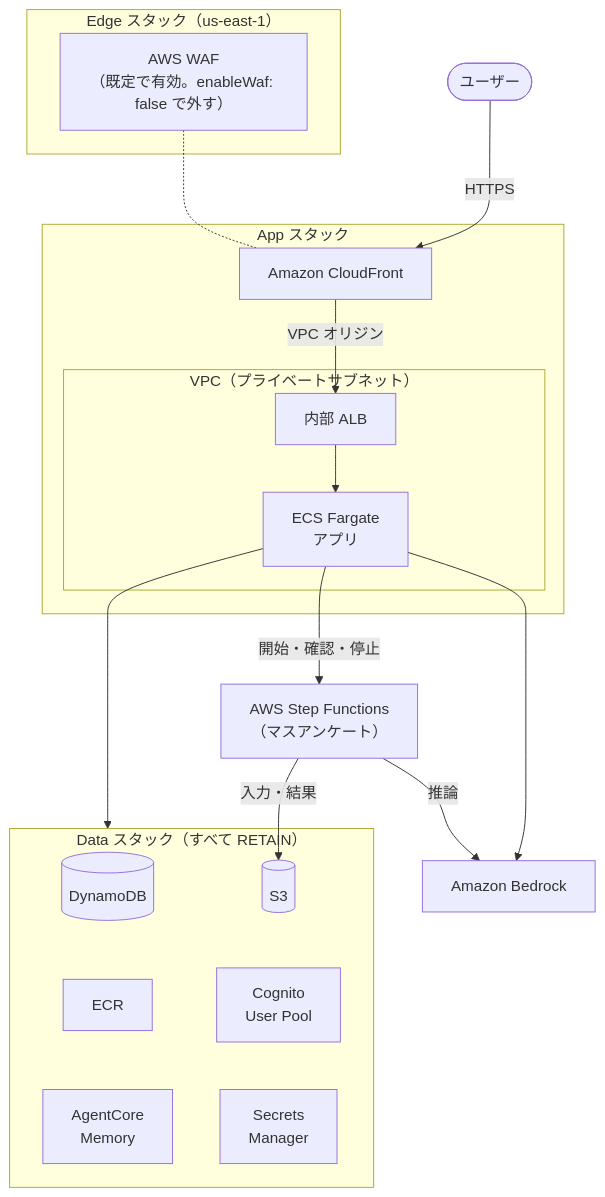
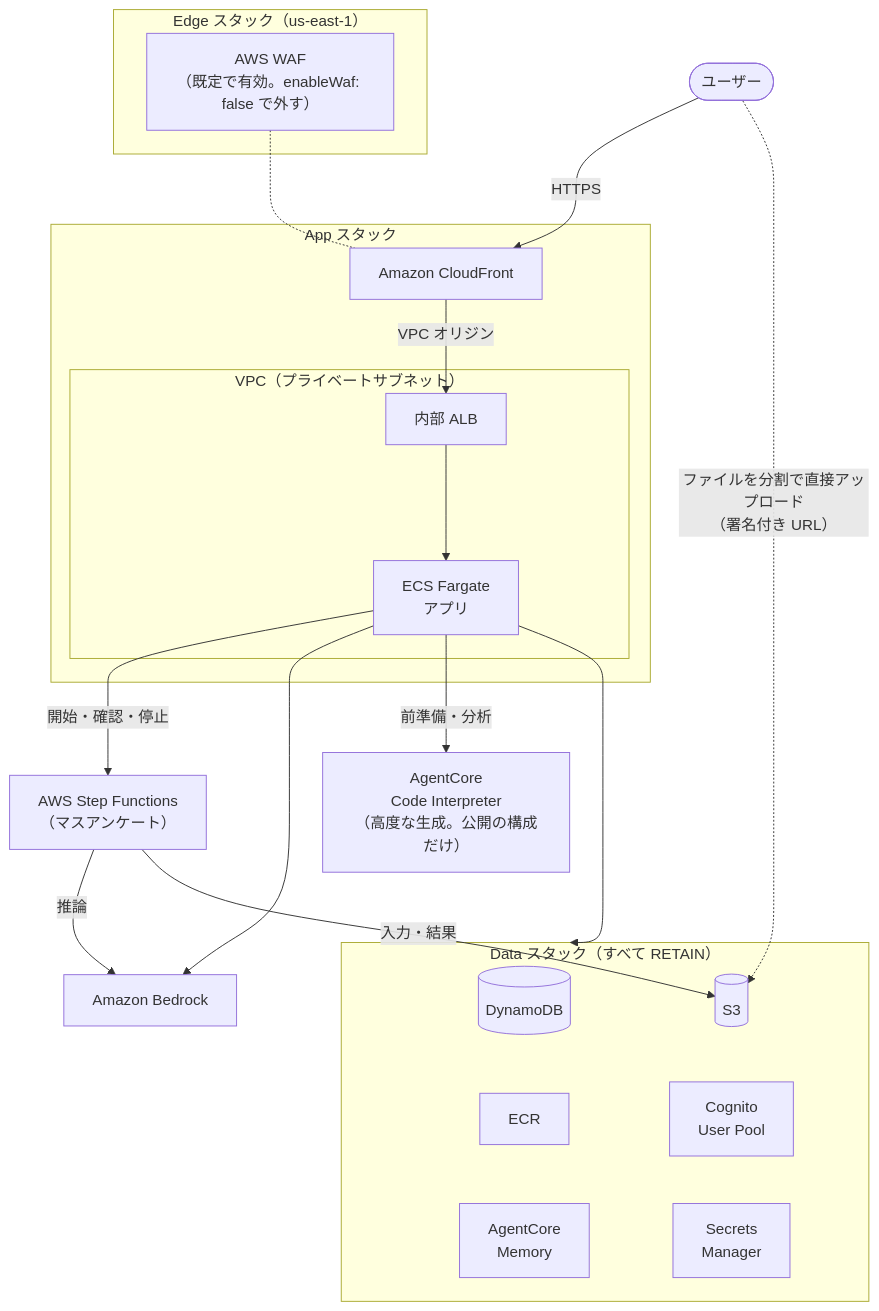
The diagram in cdk/README.md (aws-samples/sample-ai-persona), drawn with Mermaid before and after one commit. The commit also changed other lines of this file, not shown here.

Commit message:
doc: cdk/README の構成図に高度な生成（Code Interpreter と S3 への直接アップロード）を足す

````diff
--- a/cdk/README.md
+++ b/cdk/README.md
@@ -9,32 +9,35 @@
 ```mermaid
 flowchart TB
     User([ユーザー])
 
     subgraph Edge["Edge スタック（us-east-1）"]
         WAF["AWS WAF<br/>（既定で有効。enableWaf: false で外す）"]
     end
 
     subgraph App["App スタック"]
         CloudFront[Amazon CloudFront]
         subgraph VPC["VPC（プライベートサブネット）"]
             ALB[内部 ALB] --> ECS[ECS Fargate<br/>アプリ]
         end
         CloudFront -->|VPC オリジン| ALB
     end
 
     SFN["AWS Step Functions<br/>（マスアンケート）"]
     Bedrock[Amazon Bedrock]
+    CodeInterpreter["AgentCore<br/>Code Interpreter<br/>（高度な生成。公開の構成だけ）"]
 
     subgraph Data["Data スタック（すべて RETAIN）"]
         DynamoDB[(DynamoDB)] ~~~ ECR[ECR] ~~~ Memory[AgentCore<br/>Memory]
         S3[(S3)] ~~~ Cognito[Cognito<br/>User Pool] ~~~ Secrets[Secrets<br/>Manager]
     end
 
     User -->|HTTPS| CloudFront
     WAF -.- CloudFront
     ECS -->|開始・確認・停止| SFN
+    User -.->|"ファイルを分割で直接アップロード<br/>（署名付き URL）"| S3
     ECS --> Bedrock
+    ECS -->|前準備・分析| CodeInterpreter
     ECS --> Data
     SFN -->|推論| Bedrock
     SFN -->|入力・結果| S3
 ```
````
